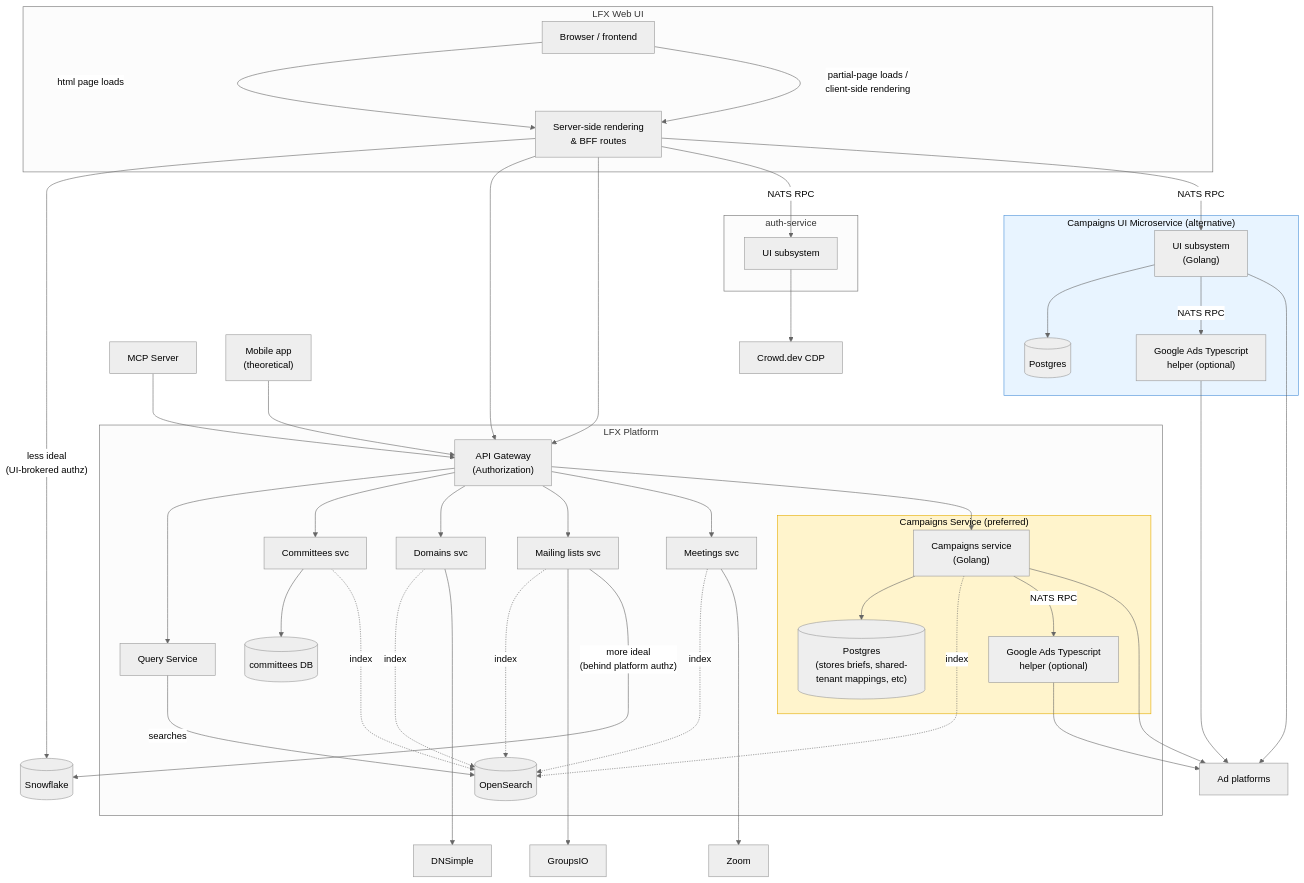
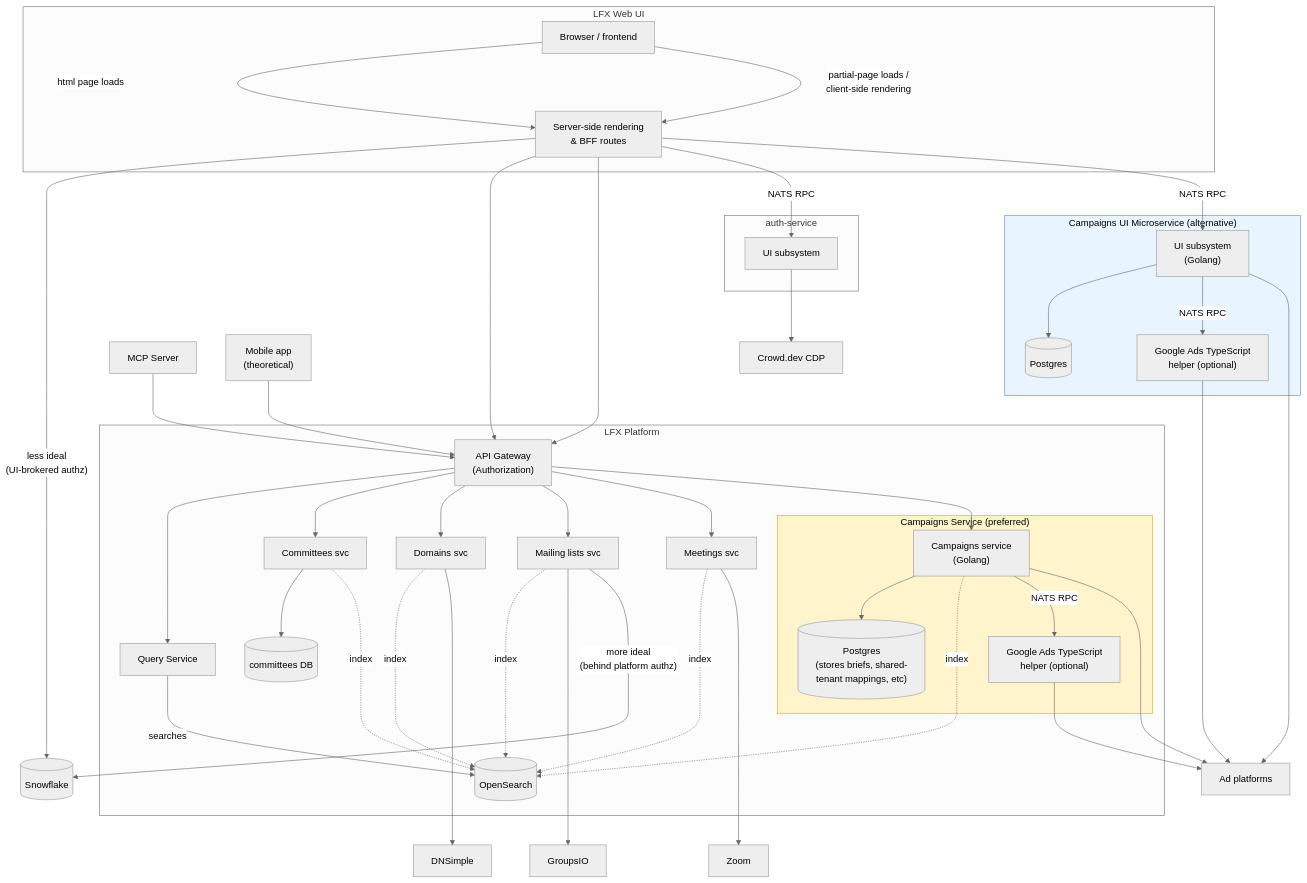
The first of 6 diagrams in docs/build-summary.md (linuxfoundation/lfx-v2-campaign-service), drawn with Mermaid (neutral theme) before and after one commit. The commit also changed other lines of this file and 3 other files, not shown here.

```diff
--- a/docs/build-summary.md
+++ b/docs/build-summary.md
@@ -49,7 +49,7 @@
         subgraph campaigns-group["Campaigns Service (preferred)"]
             campaigns["Campaigns service\n(Golang)"]
             campaigns-db[("Postgres\n(stores briefs, shared-tenant mappings, etc)")]
-            google-ads-helper["Google Ads Typescript<br >helper (optional)"]
+            google-ads-helper["Google Ads TypeScript<br >helper (optional)"]
             campaigns --> campaigns-db
         end
 
@@ -85,7 +85,7 @@
         campaigns-ui-subsystem["UI subsystem\n(Golang)"]
         campaigns-ui-db[("Postgres")]
         campaigns-ui-subsystem --> campaigns-ui-db
-        campaigns-ui-ads-helper["Google Ads Typescript<br />helper (optional)"]
+        campaigns-ui-ads-helper["Google Ads TypeScript<br />helper (optional)"]
         campaigns-ui-subsystem -->|NATS RPC| campaigns-ui-ads-helper
     end
 
```
